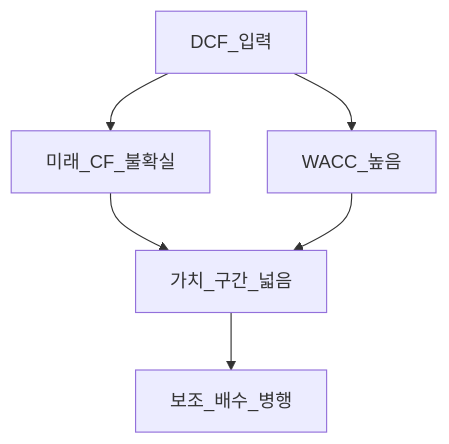
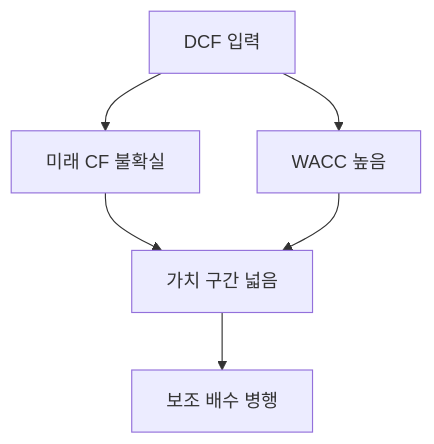
Before and after one commit to goldanghenry/Finances: the fourth of 5 diagrams in 09-corporate-finance/startup-valuation-vc.md, drawn with Mermaid. The commit also changed other lines of this file and 211 other files, not shown here.

````diff
--- a/09-corporate-finance/startup-valuation-vc.md
+++ b/09-corporate-finance/startup-valuation-vc.md
@@ -154,8 +168,8 @@
 ```mermaid
 flowchart TD
-  DCF[DCF_입력] --> CF[미래_CF_불확실]
-  DCF --> WACC[WACC_높음]
-  CF --> Wide[가치_구간_넓음]
+  DCF["DCF 입력"] --> CF["미래 CF 불확실"]
+  DCF --> WACC["WACC 높음"]
+  CF --> Wide["가치 구간 넓음"]
   WACC --> Wide
-  Wide --> Use[보조_배수_병행]
+  Wide --> Use["보조 배수 병행"]
 ```
````
